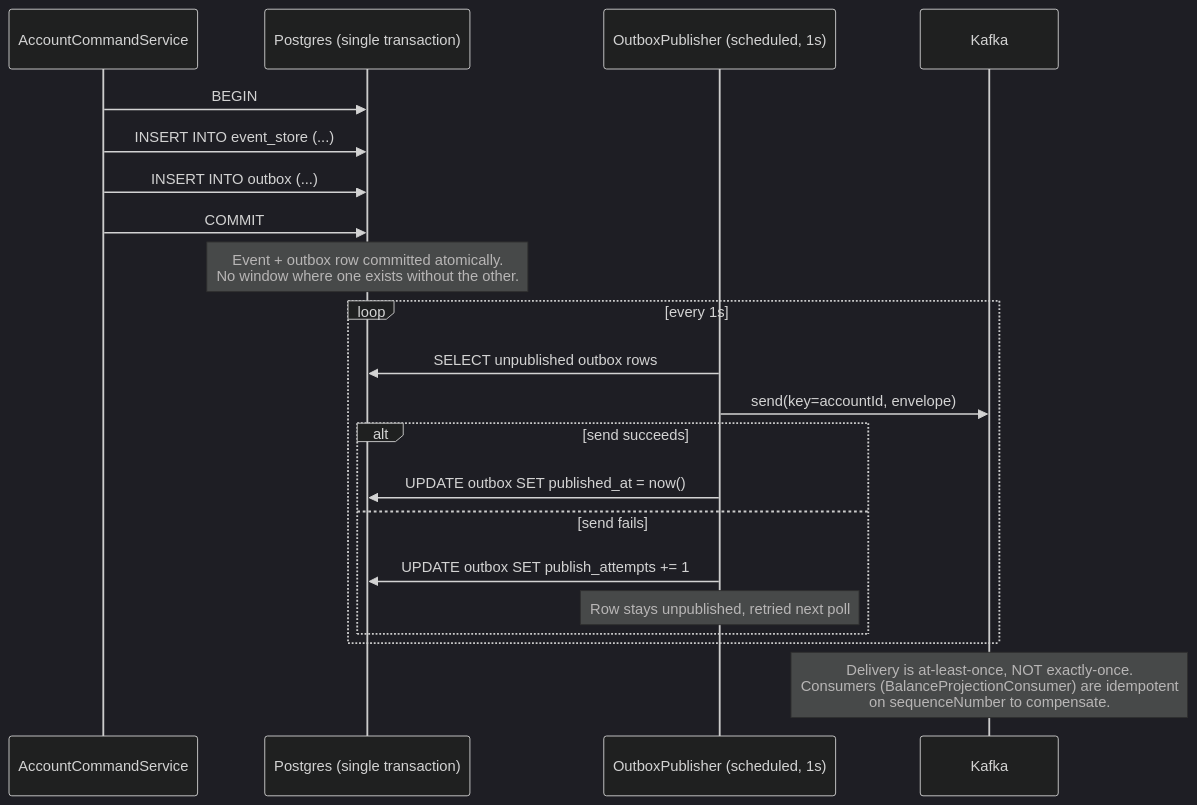
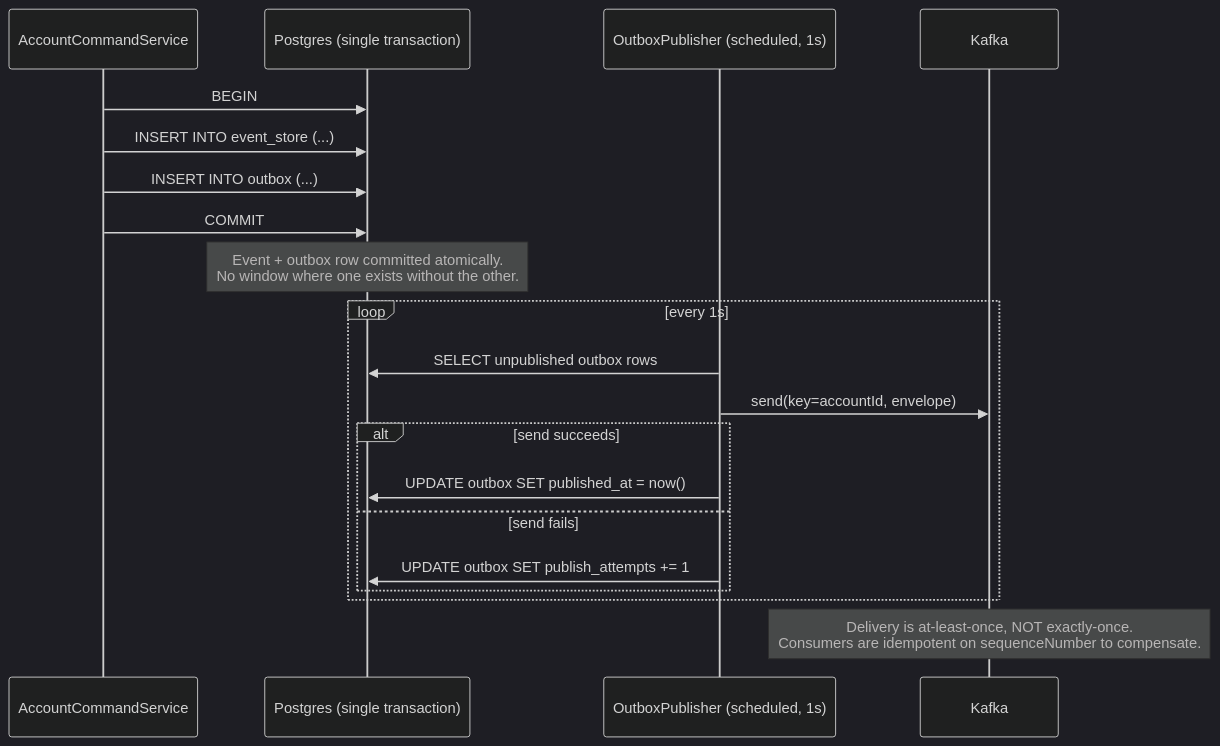
The fourth of 5 diagrams in README.md (Sidd-Tiwari/event-sourced-banking-ledger), drawn with Mermaid (dark theme) before and after one commit. The commit also changed other lines of this file, not shown here.

````diff
--- a/README.md
+++ b/README.md
@@ -151,25 +151,24 @@
 ```mermaid
 sequenceDiagram
     participant Cmd as AccountCommandService
     participant PG as Postgres (single transaction)
     participant Pub as OutboxPublisher (scheduled, 1s)
     participant K as Kafka
 
     Cmd->>PG: BEGIN
     Cmd->>PG: INSERT INTO event_store (...)
     Cmd->>PG: INSERT INTO outbox (...)
     Cmd->>PG: COMMIT
     Note over PG: Event + outbox row committed atomically.<br/>No window where one exists without the other.
 
     loop every 1s
         Pub->>PG: SELECT unpublished outbox rows
         Pub->>K: send(key=accountId, envelope)
         alt send succeeds
             Pub->>PG: UPDATE outbox SET published_at = now()
         else send fails
             Pub->>PG: UPDATE outbox SET publish_attempts += 1
-            Note over Pub: Row stays unpublished, retried next poll
         end
     end
-    Note over K: Delivery is at-least-once, NOT exactly-once.<br/>Consumers (BalanceProjectionConsumer) are idempotent<br/>on sequenceNumber to compensate.
+    Note over K: Delivery is at-least-once, NOT exactly-once.<br/>Consumers are idempotent on sequenceNumber to compensate.
 ```
````
